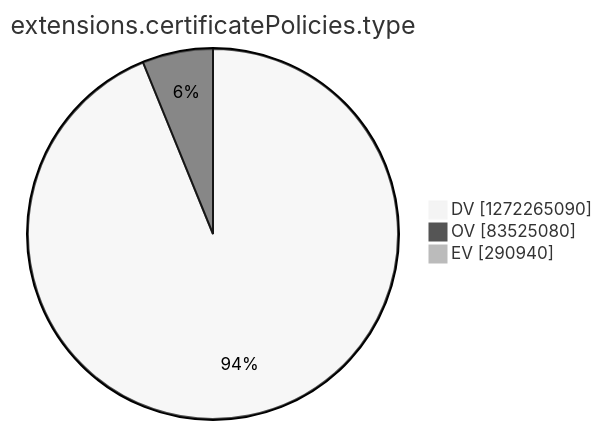
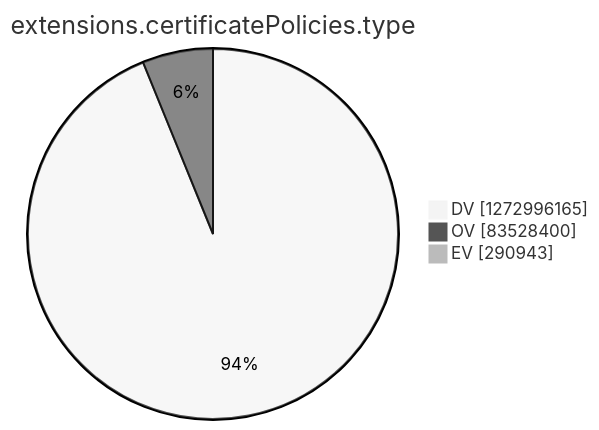
The tenth of 15 diagrams in argon2022/README.md (christiankrug/ctmonitor_visualization), drawn with Mermaid (neutral theme) before and after one commit. The commit also changed other lines of this file, not shown here.

````diff
--- a/argon2022/README.md
+++ b/argon2022/README.md
@@ -2771,7 +2771,7 @@
 ```mermaid
 pie showData
 title extensions.certificatePolicies.type
-"DV" :1272265090
-"OV" :83525080
-"EV" :290940
+"DV" :1272996165
+"OV" :83528400
+"EV" :290943
 ```
````
